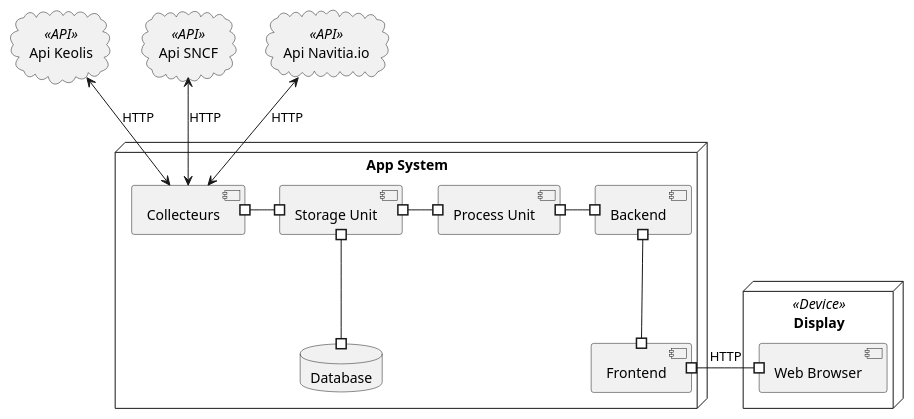
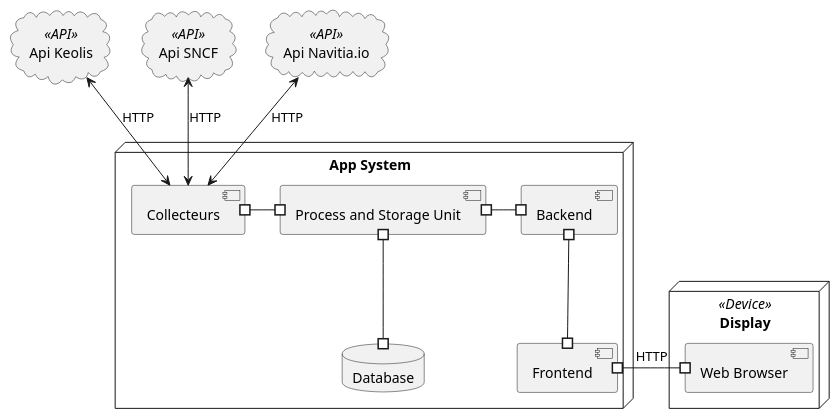
The third of 3 diagrams in Diagram/DiagramSystem/DiagrammeDéploiement.puml (INDEN-Intelligo/Design), drawn with PlantUML before and after one commit. The commit also changed other lines of this file, not shown here.

```diff
--- a/Diagram/DiagramSystem/DiagrammeDéploiement.puml
+++ b/Diagram/DiagramSystem/DiagrammeDéploiement.puml
@@ -1,48 +50,43 @@
 @startuml
-
 node "Display" <<Device>> as Display {
  component "Web Browser" as Browser {
  }
 }
 
     node "App System" as Docker {
                 component Backend as NestJS {
                 }
 
-                component "Process Unit" as Upro{
-
-                }
-                component "Storage Unit" as Spro{
+                component "Process and Storage Unit" as SUpro{
 
                 }
                 database Database {
                 }
                 component Collecteurs {
                 }
                 component Frontend {
                 }
 
-        
+
     }
 
 cloud "Api Keolis" <<API>> as keo{
 }
 cloud "Api SNCF" <<API>> as SNCF{
 }
 cloud "Api Navitia.io" <<API>> as Nav{
 }
 
 
 Frontend #-# Browser : HTTP
 
-Collecteurs #-# Spro
-Spro #--# Database
-Spro #-# Upro
-Upro #-# NestJS
+Collecteurs #-# SUpro
+SUpro #--# Database
+SUpro #-# NestJS
 NestJS #--# Frontend
 
 keo <-->  Collecteurs: HTTP
 SNCF <-->  Collecteurs: HTTP
 Nav  <--> Collecteurs : HTTP
 
 @enduml
```
